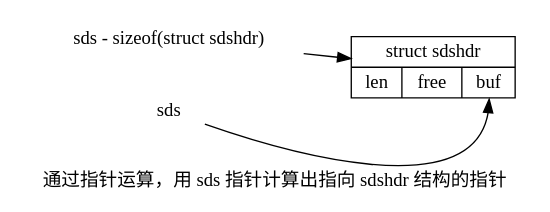
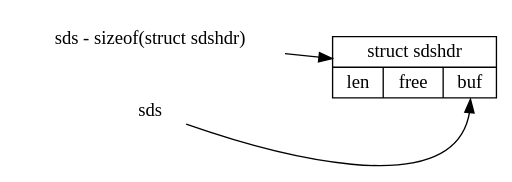
Before and after one commit to johnli1029/blog: the diagram in storage/redis_code_analysis/sds/sdshdr.dot, drawn with Graphviz. The commit also changed 1 other file, not shown here.

Commit message:
更新《Redis 源码分析》中 sds 章节的图片

```diff
--- a/storage/redis_code_analysis/sds/sdshdr.dot
+++ b/storage/redis_code_analysis/sds/sdshdr.dot
@@ -1,12 +1,11 @@
 digraph sdshdr {
     rankdir = LR;
-    label = "通过指针运算，用 sds 指针计算出指向 sdshdr 结构的指针"
     start_of_sdshdr [label="sds - sizeof(struct sdshdr)", shape=plaintext];
     start_of_buf [label="sds", shape=plaintext];
 
     node[shape=record];
     sdshdr [label="struct sdshdr|{<len>len|<free>free|<start_of_buf>buf}"];
 
     start_of_sdshdr -> sdshdr;
     start_of_buf -> sdshdr:start_of_buf;
 }
```
